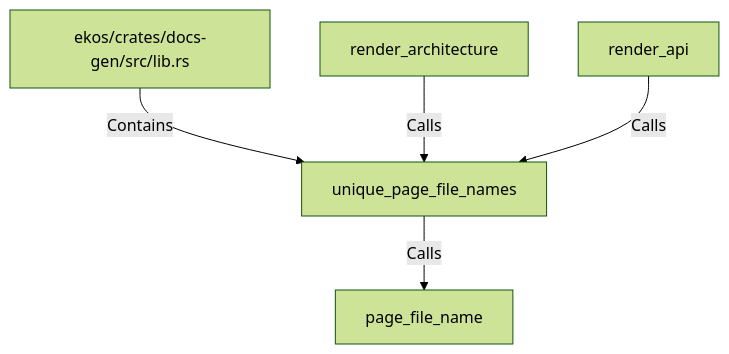
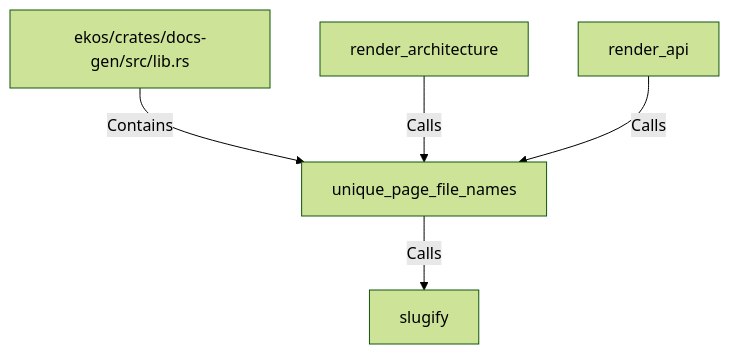
The diagram in doc/entities/rustsymbol/un/unique-page-file-names.md (alexeyban/EKOS), drawn with Mermaid (forest theme) before and after one commit. The commit also changed other lines of this file and 552 other files, not shown here.

````diff
--- a/doc/entities/rustsymbol/un/unique-page-file-names.md
+++ b/doc/entities/rustsymbol/un/unique-page-file-names.md
@@ -23,12 +23,12 @@
 ```mermaid
 graph TD
     n136d1c6de6f65cda97d83454bbc0d5e7["unique_page_file_names"]
     n6ca4fba018e559b798767dae72e2ce0e["ekos/crates/docs-gen/src/lib.rs"]
     n6ca4fba018e559b798767dae72e2ce0e -->|Contains| n136d1c6de6f65cda97d83454bbc0d5e7
-    nd8b69d99022e532f988b43e4370b5981["page_file_name"]
-    n136d1c6de6f65cda97d83454bbc0d5e7 -->|Calls| nd8b69d99022e532f988b43e4370b5981
+    n80d6b756c6c654a6821f35dc19beb316["slugify"]
+    n136d1c6de6f65cda97d83454bbc0d5e7 -->|Calls| n80d6b756c6c654a6821f35dc19beb316
     nf75f757ec6435e43b04b48d13123d04b["render_architecture"]
     nf75f757ec6435e43b04b48d13123d04b -->|Calls| n136d1c6de6f65cda97d83454bbc0d5e7
     n586deb177a7c5503a4df9f4430a3b19f["render_api"]
     n586deb177a7c5503a4df9f4430a3b19f -->|Calls| n136d1c6de6f65cda97d83454bbc0d5e7
 ```
````
